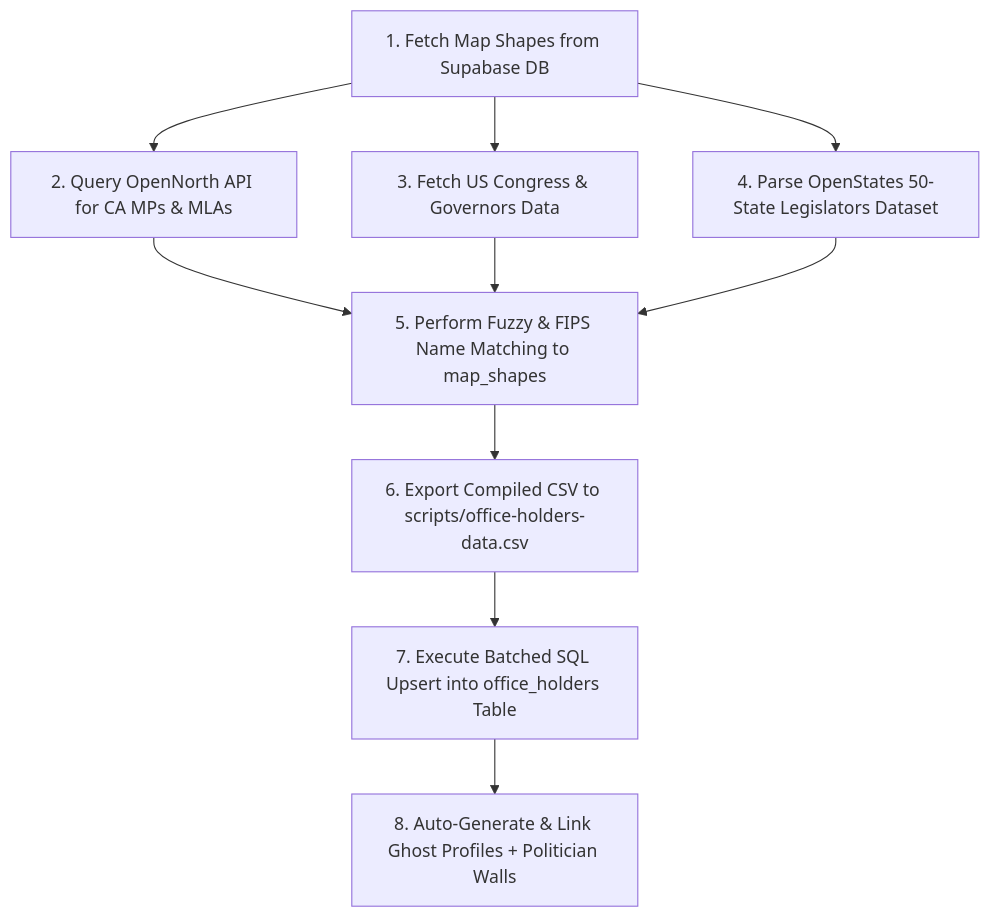
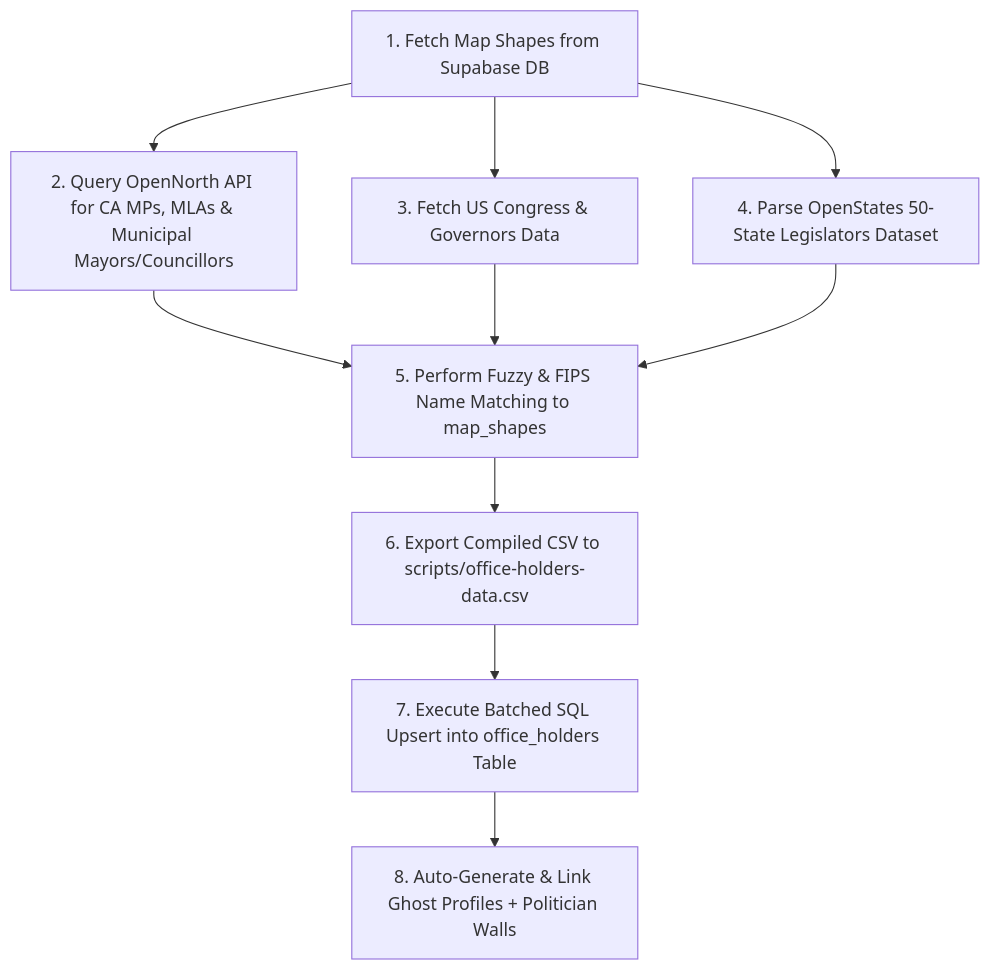
One commit to vmn2k4/srinath_choseno changed the diagram in OFFICE_HOLDERS_DATA_GUIDE.md. Above: the diagram before and after it, drawn with Mermaid. The commit also changed other lines of this file and 4 other files, not shown here.

Commit message:
Ingest 2,642 Canadian Municipal Mayors and Councillors with linked Politician Walls and update docs

````diff
--- a/OFFICE_HOLDERS_DATA_GUIDE.md
+++ b/OFFICE_HOLDERS_DATA_GUIDE.md
@@ -52,12 +56,12 @@
 ```mermaid
 flowchart TD
-    A[1. Fetch Map Shapes from Supabase DB] --> B[2. Query OpenNorth API for CA MPs & MLAs]
+    A[1. Fetch Map Shapes from Supabase DB] --> B[2. Query OpenNorth API for CA MPs, MLAs & Municipal Mayors/Councillors]
     A --> C[3. Fetch US Congress & Governors Data]
     A --> D[4. Parse OpenStates 50-State Legislators Dataset]
     B --> E[5. Perform Fuzzy & FIPS Name Matching to map_shapes]
     C --> E
     D --> E
     E --> F[6. Export Compiled CSV to scripts/office-holders-data.csv]
     F --> G[7. Execute Batched SQL Upsert into office_holders Table]
     G --> H[8. Auto-Generate & Link Ghost Profiles + Politician Walls]
 ```
````
